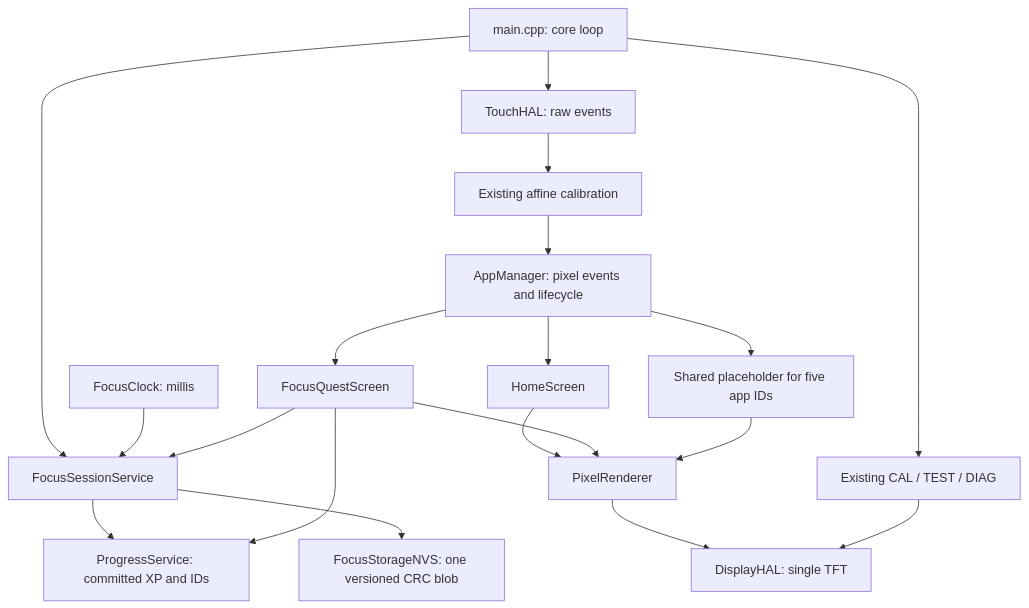
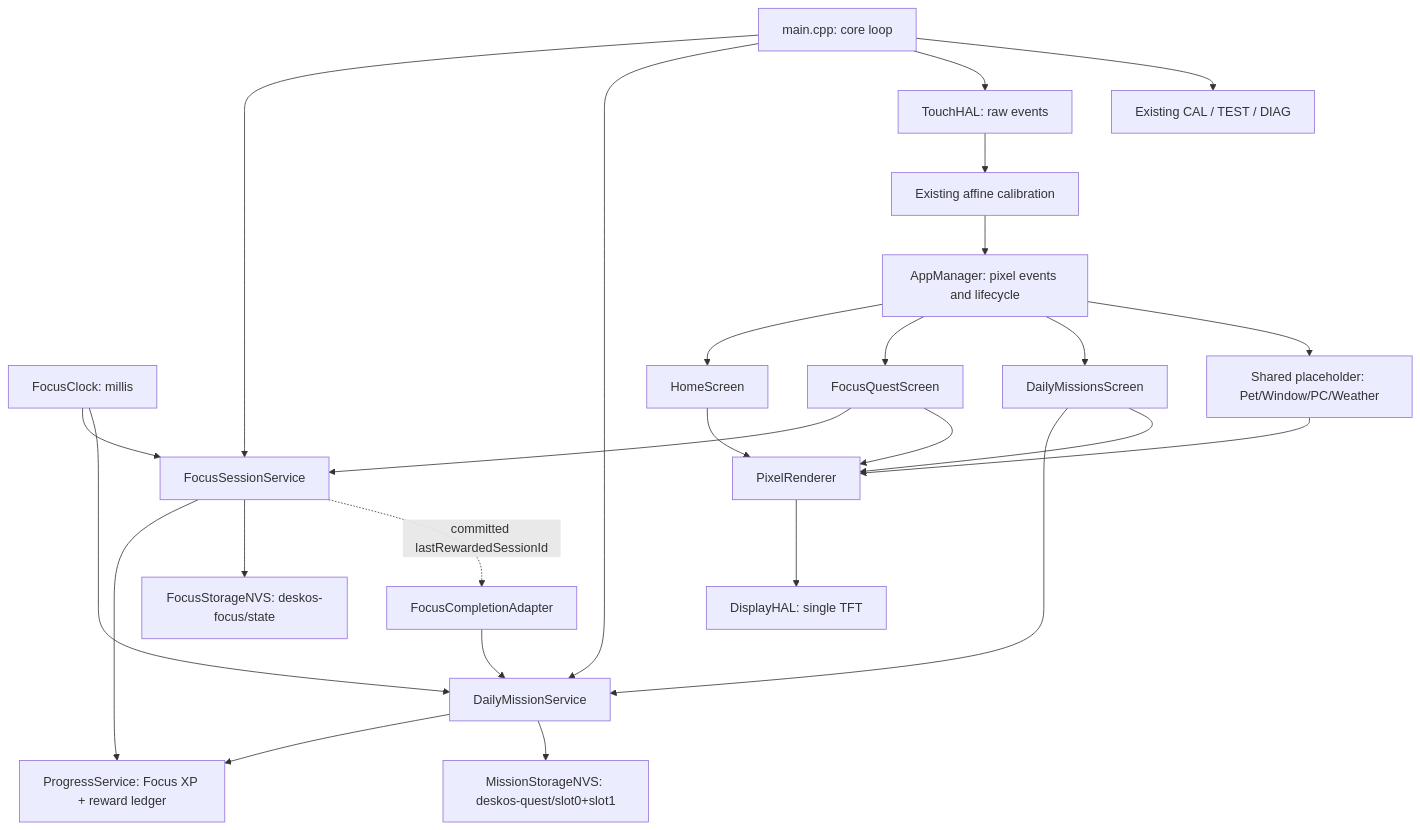
One commit to Porsona/ESP32 changed the diagram in docs/ARCHITECTURE.md. Above: the diagram before and after it, drawn with Mermaid. The commit also changed other lines of this file and 24 other files, not shown here.

First line of the commit message:
M2 Daily Missions: quests, shared XP ledger, NEW DAY, NVS A/B

````diff
--- a/docs/ARCHITECTURE.md
+++ b/docs/ARCHITECTURE.md
@@ -26,21 +29,28 @@
 ```mermaid
 flowchart TD
     MAIN[main.cpp: core loop] --> TIMER[FocusSessionService]
+    MAIN --> MISSION[DailyMissionService]
     CLOCK[FocusClock: millis] --> TIMER
-    TIMER --> PROGRESS[ProgressService: committed XP and IDs]
-    TIMER --> STORE[FocusStorageNVS: one versioned CRC blob]
+    CLOCK --> MISSION
+    TIMER --> PROGRESS[ProgressService: Focus XP + reward ledger]
+    MISSION --> PROGRESS
+    TIMER --> FSTORE[FocusStorageNVS: deskos-focus/state]
+    MISSION --> MSTORE[MissionStorageNVS: deskos-quest/slot0+slot1]
+    ADAPTER[FocusCompletionAdapter] --> MISSION
+    TIMER -. committed lastRewardedSessionId .-> ADAPTER
     MAIN --> TOUCH[TouchHAL: raw events]
     TOUCH --> MAP[Existing affine calibration]
     MAP --> MANAGER[AppManager: pixel events and lifecycle]
     MANAGER --> HOME[HomeScreen]
     MANAGER --> FOCUS[FocusQuestScreen]
-    MANAGER --> PLACE[Shared placeholder for five app IDs]
+    MANAGER --> MISSIONS[DailyMissionsScreen]
+    MANAGER --> PLACE[Shared placeholder: Pet/Window/PC/Weather]
     FOCUS --> TIMER
-    FOCUS --> PROGRESS
+    MISSIONS --> MISSION
     HOME --> PIXEL[PixelRenderer]
     FOCUS --> PIXEL
+    MISSIONS --> PIXEL
     PLACE --> PIXEL
     PIXEL --> DISPLAY[DisplayHAL: single TFT]
     MAIN --> RECOVERY[Existing CAL / TEST / DIAG]
-    RECOVERY --> DISPLAY
 ```
````
